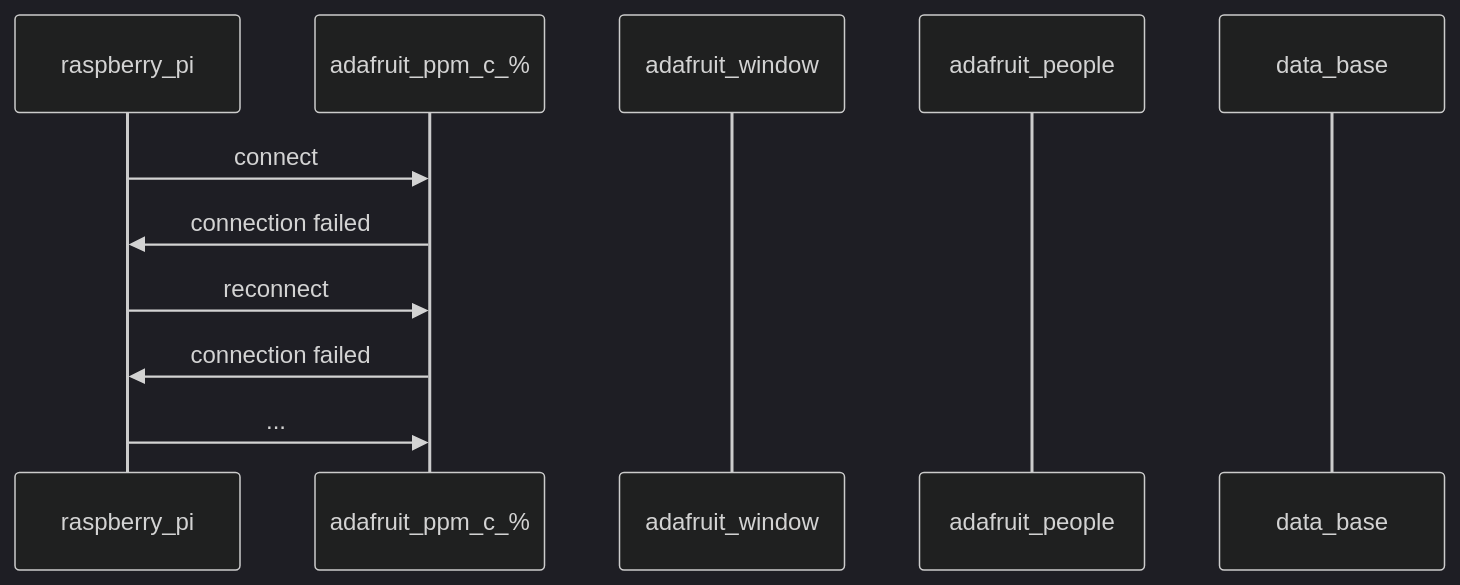
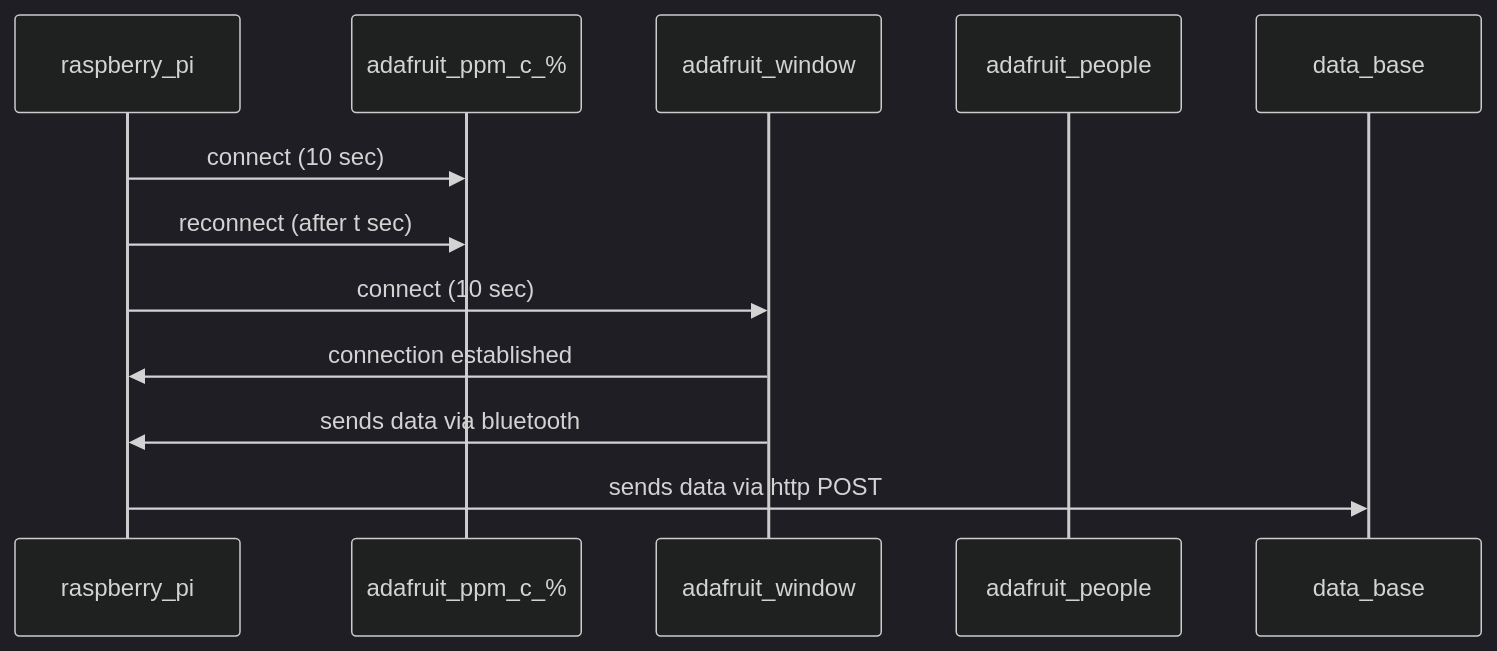
Before and after one commit to nicolarohner1337/smartclassroom: the second of 3 diagrams in abgabe_bericht/software_module_sequenzdiagramme/main_unit.md, drawn with Mermaid (dark theme).

````diff
--- a/abgabe_bericht/software_module_sequenzdiagramme/main_unit.md
+++ b/abgabe_bericht/software_module_sequenzdiagramme/main_unit.md
@@ -20,14 +20,15 @@
 ```mermaid
 sequenceDiagram
     participant raspberry_pi
     participant adafruit_ppm_c_%
     participant adafruit_window
     participant adafruit_people
     participant data_base
-    raspberry_pi->>adafruit_ppm_c_%: connect
-    adafruit_ppm_c_%->>raspberry_pi: connection failed
-    raspberry_pi->>adafruit_ppm_c_%: reconnect
-    adafruit_ppm_c_%->>raspberry_pi: connection failed
-    raspberry_pi->>adafruit_ppm_c_%: ...
+    raspberry_pi->>adafruit_ppm_c_%: connect (10 sec)
+    raspberry_pi->>adafruit_ppm_c_%: reconnect (after t sec)
+    raspberry_pi->>adafruit_window: connect (10 sec)
+    adafruit_window->>raspberry_pi: connection established
+    adafruit_window->>raspberry_pi: sends data via bluetooth
+    raspberry_pi->>data_base: sends data via http POST
 
 ```
````
